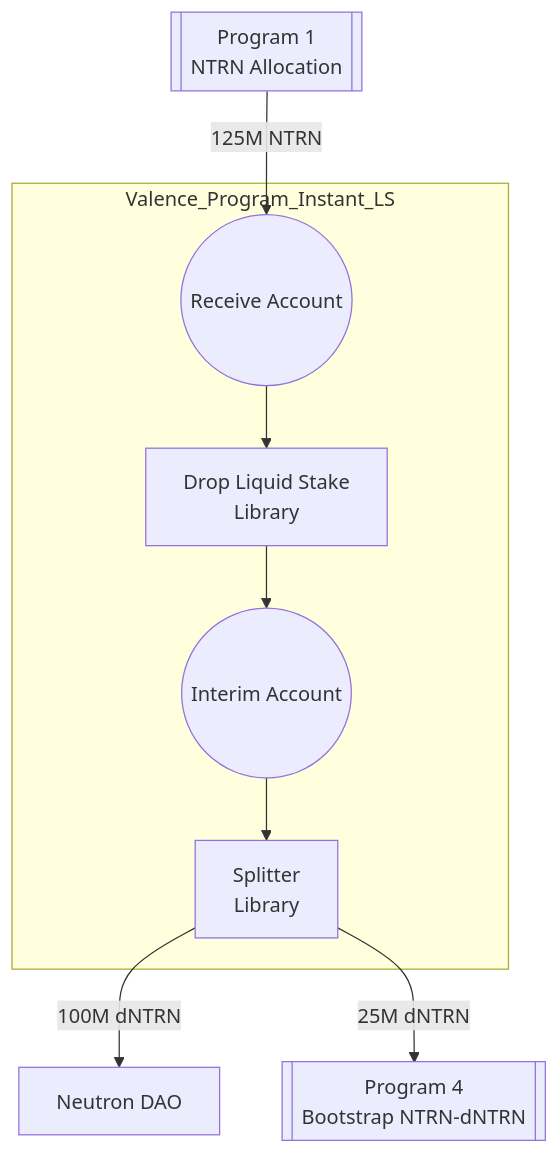
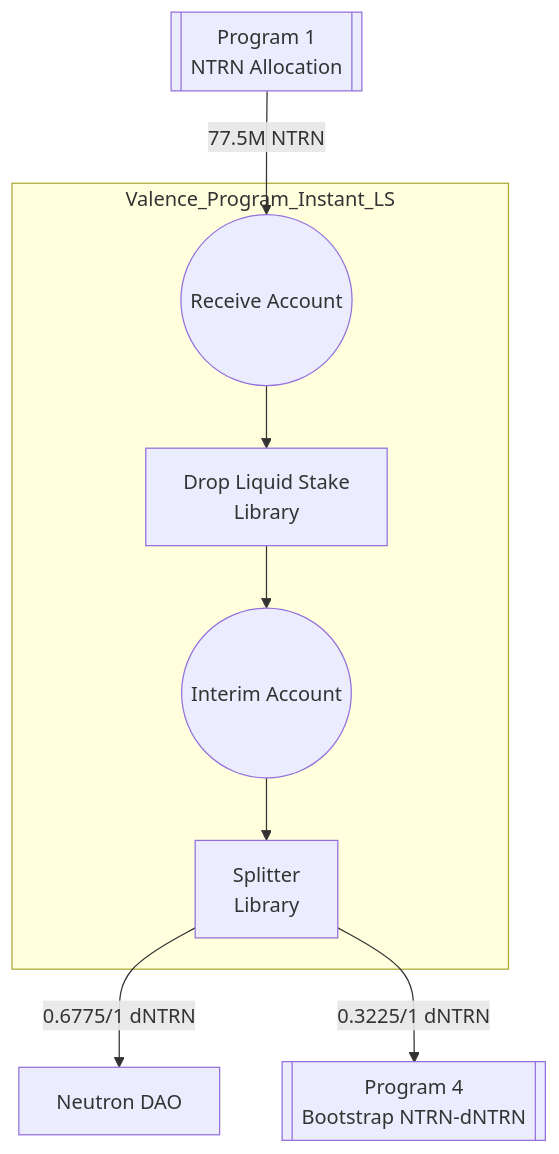
The diagram in programs/2025-03-23-prod-dICS-ntrn-instant-ls/README.md (timewave-computer/timewave-program-deployments), drawn with Mermaid before and after one commit. The commit also changed 15 other files, not shown here.

````diff
--- a/programs/2025-03-23-prod-dICS-ntrn-instant-ls/README.md
+++ b/programs/2025-03-23-prod-dICS-ntrn-instant-ls/README.md
@@ -14,16 +14,16 @@
 ```mermaid
 graph TB;
     P1[[Program 1<br>NTRN Allocation]]
     subgraph Valence_Program_Instant_LS
         RA((Receive Account))
         LS[Drop Liquid Stake<br>Library]
         IA((Interim Account))
         S[Splitter<br>Library]
     end
     N1[Neutron DAO]
     P4[[Program 4<br>Bootstrap NTRN-dNTRN]]
-    P1 --125M NTRN--> RA
+    P1 --77.5M NTRN--> RA
     RA --> LS --> IA --> S
-    S --100M dNTRN--> N1
-    S --25M dNTRN--> P4
+    S --0.6775/1 dNTRN--> N1
+    S --0.3225/1 dNTRN--> P4
 ```
````
